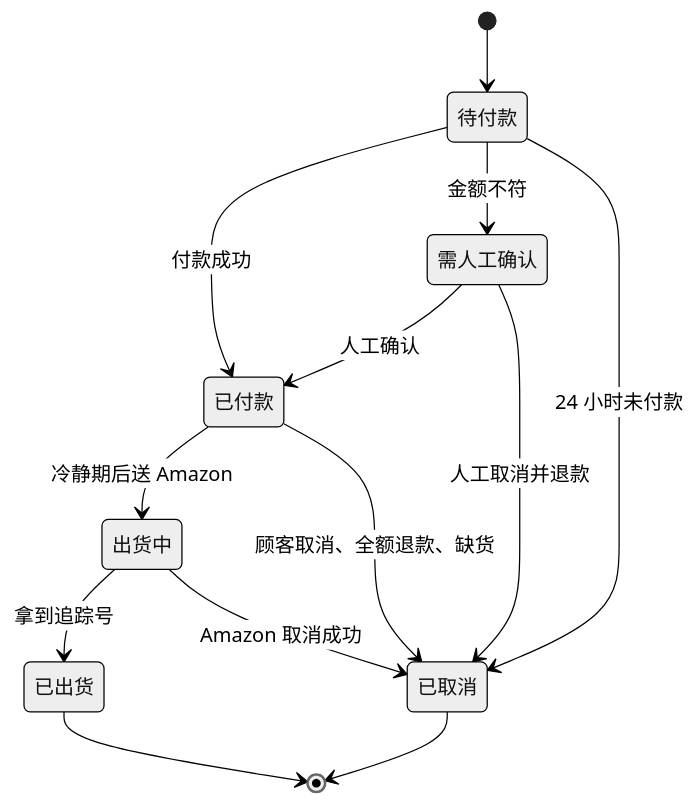
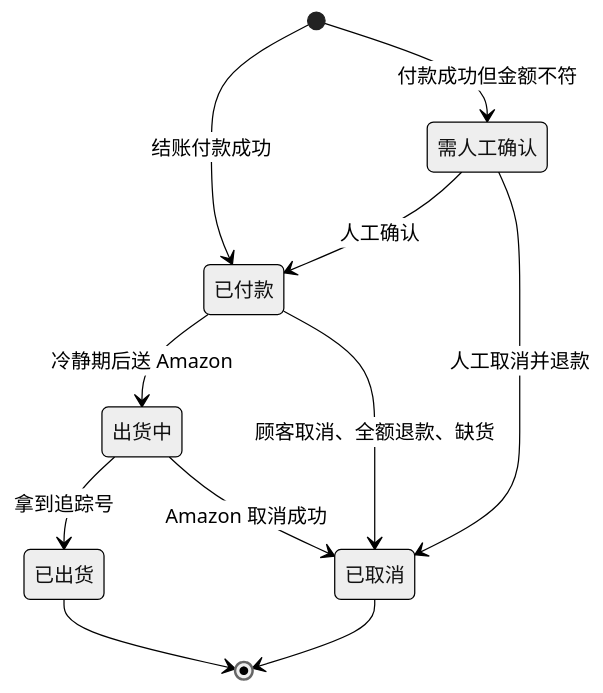
The diagram in docs/design/modules/M4-order-core.md (WADEYEH/shopapgo), drawn with Mermaid (neutral theme) before and after one commit. The commit also changed other lines of this file and 9 other files, not shown here.

````diff
--- a/docs/design/modules/M4-order-core.md
+++ b/docs/design/modules/M4-order-core.md
@@ -83,21 +87,18 @@
 ```mermaid
 stateDiagram-v2
-  state "待付款" as pending
   state "需人工确认" as review
   state "已付款" as paid
   state "出货中" as fulfilling
   state "已出货" as shipped
   state "已取消" as cancelled
-  [*] --> pending
-  pending --> paid: 付款成功
-  pending --> review: 金额不符
-  pending --> cancelled: 24 小时未付款
+  [*] --> paid: 结账付款成功
+  [*] --> review: 付款成功但金额不符
   review --> paid: 人工确认
   review --> cancelled: 人工取消并退款
   paid --> fulfilling: 冷静期后送 Amazon
   paid --> cancelled: 顾客取消、全额退款、缺货
   fulfilling --> shipped: 拿到追踪号
   fulfilling --> cancelled: Amazon 取消成功
   shipped --> [*]
   cancelled --> [*]
 ```
````
